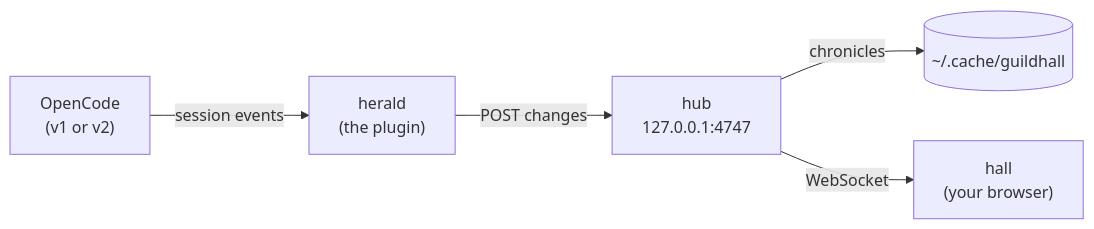
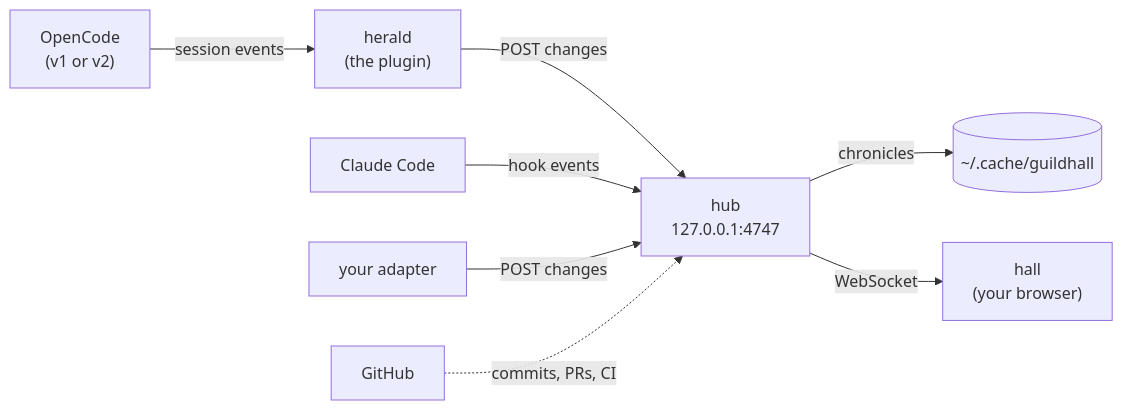
Before and after one commit to qunqin24/opendock: the diagram in src/data/readme/opencode-guildhall.md, drawn with Mermaid. The commit also changed other lines of this file and 118 other files, not shown here.

````diff
--- a/src/data/readme/opencode-guildhall.md
+++ b/src/data/readme/opencode-guildhall.md
@@ -157,7 +198,10 @@
 ```mermaid
 flowchart LR
   OC["OpenCode<br/>(v1 or v2)"] -- session events --> H["herald<br/>(the plugin)"]
   H -- "POST changes" --> HUB["hub<br/>127.0.0.1:4747"]
+  CC["Claude Code"] -- "hook events" --> HUB
+  YOU["your adapter"] -- "POST changes" --> HUB
+  GH["GitHub"] -. "commits, PRs, CI" .-> HUB
   HUB -- chronicles --> DISK[("~/.cache/guildhall")]
   HUB -- WebSocket --> HALL["hall<br/>(your browser)"]
 ```
````
